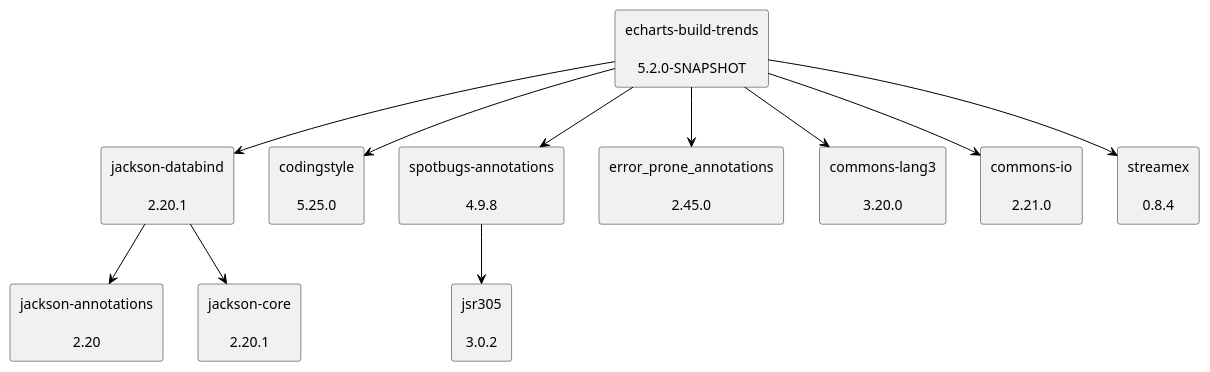
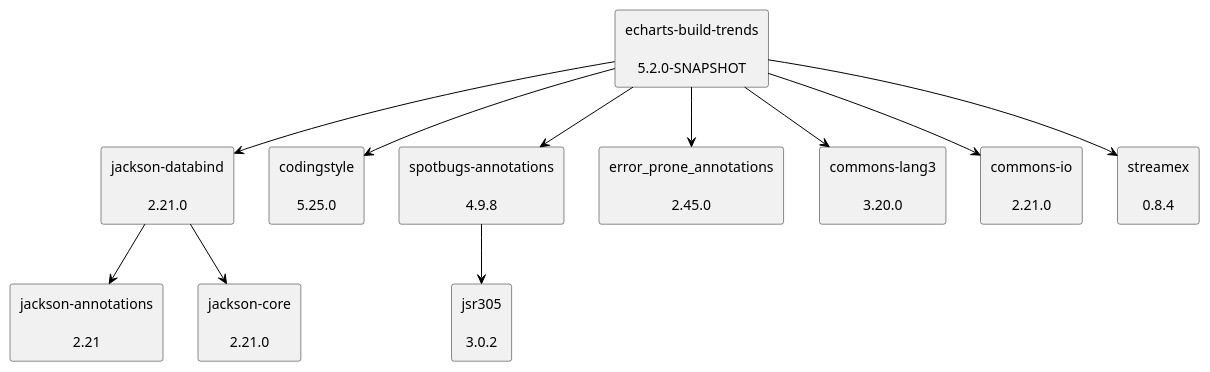
The diagram in doc/dependency-graph.puml (uhafner/echarts-build-trends), drawn with PlantUML before and after one commit.

Commit message:
Update dependency graph to latest versions from POM

```diff
--- a/doc/dependency-graph.puml
+++ b/doc/dependency-graph.puml
@@ -1,30 +1,30 @@
 @startuml
 skinparam defaultTextAlignment center
 skinparam rectangle {
   BackgroundColor<<optional>> beige
   BackgroundColor<<test>> lightGreen
   BackgroundColor<<runtime>> lightBlue
   BackgroundColor<<provided>> lightGray
 }
-rectangle "jackson-databind\n\n2.20.1" as com_fasterxml_jackson_core_jackson_databind_jar
-rectangle "jackson-annotations\n\n2.20" as com_fasterxml_jackson_core_jackson_annotations_jar
-rectangle "jackson-core\n\n2.20.1" as com_fasterxml_jackson_core_jackson_core_jar
+rectangle "jackson-databind\n\n2.21.0" as com_fasterxml_jackson_core_jackson_databind_jar
+rectangle "jackson-annotations\n\n2.21" as com_fasterxml_jackson_core_jackson_annotations_jar
+rectangle "jackson-core\n\n2.21.0" as com_fasterxml_jackson_core_jackson_core_jar
 rectangle "echarts-build-trends\n\n5.2.0-SNAPSHOT" as edu_hm_hafner_echarts_build_trends_jar
 rectangle "codingstyle\n\n5.25.0" as edu_hm_hafner_codingstyle_jar
 rectangle "spotbugs-annotations\n\n4.9.8" as com_github_spotbugs_spotbugs_annotations_jar
 rectangle "jsr305\n\n3.0.2" as com_google_code_findbugs_jsr305_jar
 rectangle "error_prone_annotations\n\n2.45.0" as com_google_errorprone_error_prone_annotations_jar
 rectangle "commons-lang3\n\n3.20.0" as org_apache_commons_commons_lang3_jar
 rectangle "commons-io\n\n2.21.0" as commons_io_commons_io_jar
 rectangle "streamex\n\n0.8.4" as one_util_streamex_jar
 com_fasterxml_jackson_core_jackson_databind_jar -[#000000]-> com_fasterxml_jackson_core_jackson_annotations_jar
 com_fasterxml_jackson_core_jackson_databind_jar -[#000000]-> com_fasterxml_jackson_core_jackson_core_jar
 edu_hm_hafner_echarts_build_trends_jar -[#000000]-> com_fasterxml_jackson_core_jackson_databind_jar
 edu_hm_hafner_echarts_build_trends_jar -[#000000]-> edu_hm_hafner_codingstyle_jar
 com_github_spotbugs_spotbugs_annotations_jar -[#000000]-> com_google_code_findbugs_jsr305_jar
 edu_hm_hafner_echarts_build_trends_jar -[#000000]-> com_github_spotbugs_spotbugs_annotations_jar
 edu_hm_hafner_echarts_build_trends_jar -[#000000]-> com_google_errorprone_error_prone_annotations_jar
 edu_hm_hafner_echarts_build_trends_jar -[#000000]-> org_apache_commons_commons_lang3_jar
 edu_hm_hafner_echarts_build_trends_jar -[#000000]-> commons_io_commons_io_jar
 edu_hm_hafner_echarts_build_trends_jar -[#000000]-> one_util_streamex_jar
 @enduml
```
